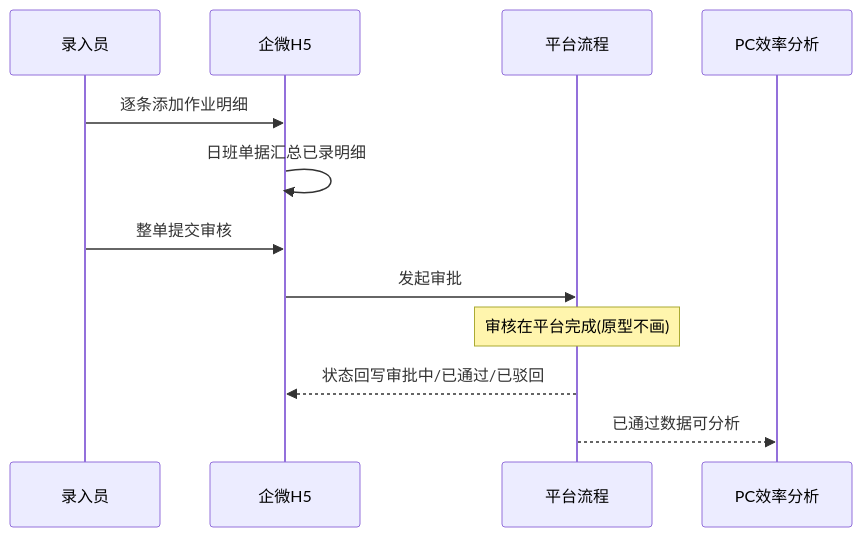
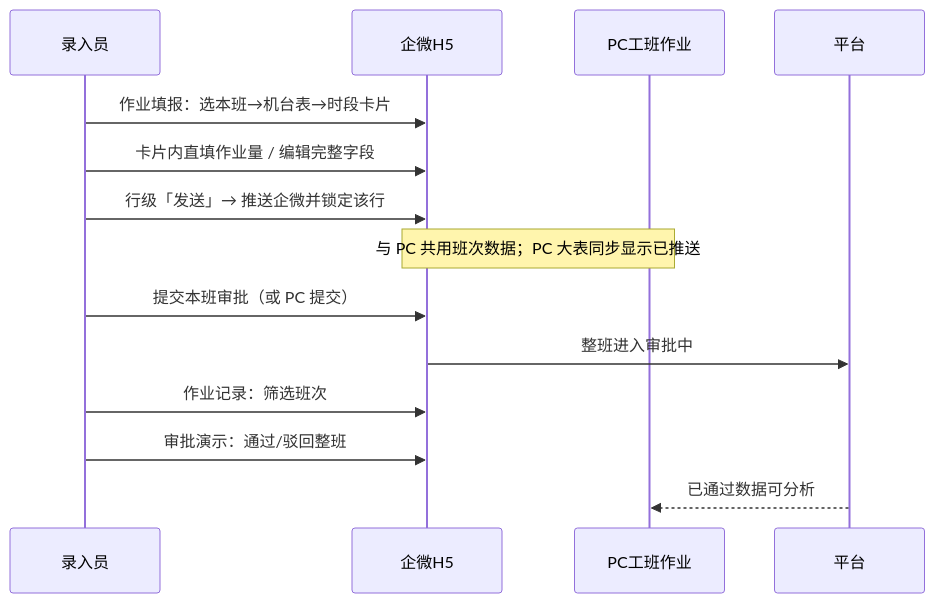
The fifth of 9 diagrams in docs/versions/v1.0.0/prd.md (liaoliao66/TOS), drawn with Mermaid before and after one commit. The commit also changed other lines of this file and 13 other files, not shown here.

````diff
--- a/docs/versions/v1.0.0/prd.md
+++ b/docs/versions/v1.0.0/prd.md
@@ -236,15 +239,17 @@
 ```mermaid
 sequenceDiagram
     participant U as 录入员
     participant WX as 企微H5
-    participant P as 平台流程
-    participant PC as PC效率分析
+    participant PC as PC工班作业
+    participant P as 平台
 
-    U->>WX: 逐条添加作业明细
-    WX->>WX: 日班单据汇总已录明细
-    U->>WX: 整单提交审核
-    WX->>P: 发起审批
-    Note over P: 审核在平台完成(原型不画)
-    P-->>WX: 状态回写审批中/已通过/已驳回
+    U->>WX: 作业填报：选本班→机台表→时段卡片
+    U->>WX: 卡片内直填作业量 / 编辑完整字段
+    U->>WX: 行级「发送」→ 推送企微并锁定该行
+    Note over WX,PC: 与 PC 共用班次数据；PC 大表同步显示已推送
+    U->>WX: 提交本班审批（或 PC 提交）
+    WX->>P: 整班进入审批中
+    U->>WX: 作业记录：筛选班次
+    U->>WX: 审批演示：通过/驳回整班
     P-->>PC: 已通过数据可分析
 ```
````
